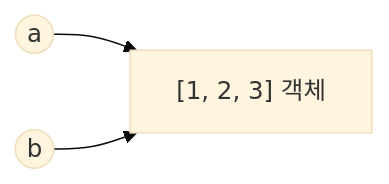
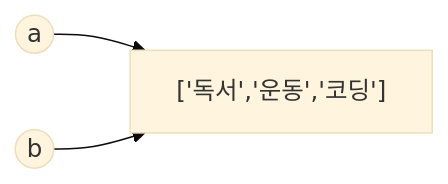
One commit to dong3789/django-academy changed the second of 3 diagrams in lessons/day-001.md. Above: the diagram before and after it, drawn with Mermaid (base theme). The commit also changed other lines of this file and 5 other files, not shown here.

First line of the commit message:
Project-first teaching: Goals dashboard roadmap, Pyodide runners, Day 1 rewrite

````diff
--- a/lessons/day-001.md
+++ b/lessons/day-001.md
@@ -253,5 +195,5 @@
 ```mermaid
 flowchart LR
-  a((a)) --> L["[1, 2, 3] 객체"]
+  a((a)) --> L["['독서','운동','코딩']"]
   b((b)) --> L
 ```
````
